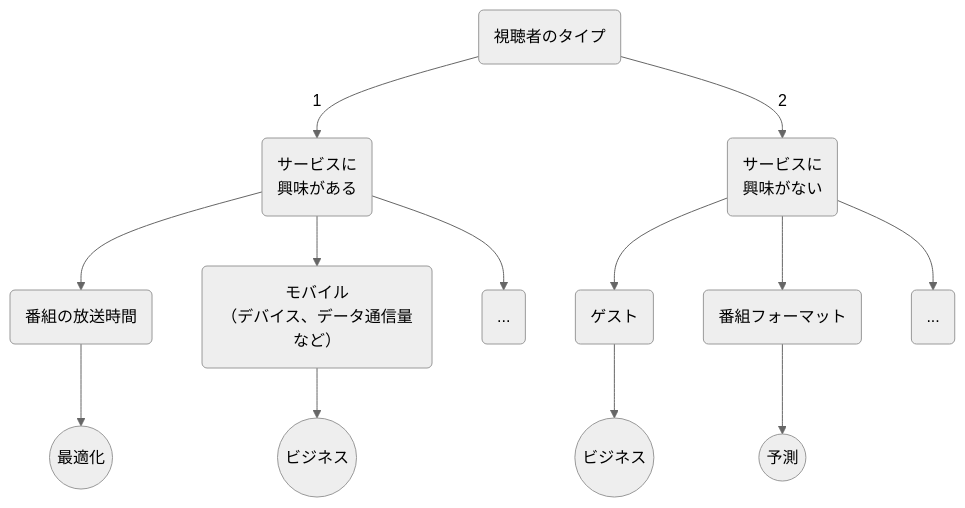
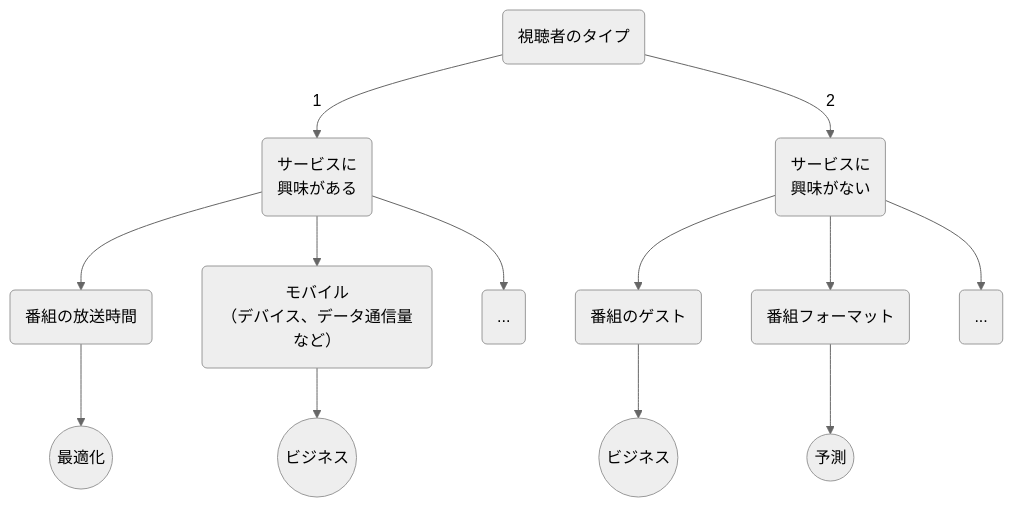
The diagram in mermaid/viewers.mmd (srctaha/how-to-become-data-scientist), drawn with Mermaid before and after one commit. The commit also changed 8 other files, not shown here.

```diff
--- a/mermaid/viewers.mmd
+++ b/mermaid/viewers.mmd
@@ -1,31 +1,31 @@
 %%{init: {'theme': 'neutral'}}%%
 
 flowchart
   root("視聴者のタイプ")
   c1("サービスに<br>興味がある")
   c2("サービスに<br>興味がない")
   c11("番組の放送時間")
   c12("モバイル<br>（デバイス、データ通信量など）")
   c1x("...")
-  c21("ゲスト")
+  c21("番組のゲスト")
   c22("番組フォーマット")
   c2x("...")
   c1a(("最適化"))
   c1b(("ビジネス"))
   c2a(("ビジネス"))
   c2b(("予測"))
   
   root -->|1| c1
   root -->|2| c2
   c1 --> c11
   c1 --> c12
   c1 --> c1x
   
   c2 --> c21
   c2 --> c22
   c2 --> c2x
   
   c11 --> c1a
   c12 --> c1b
   c21 --> c2a
   c22 --> c2b
```
